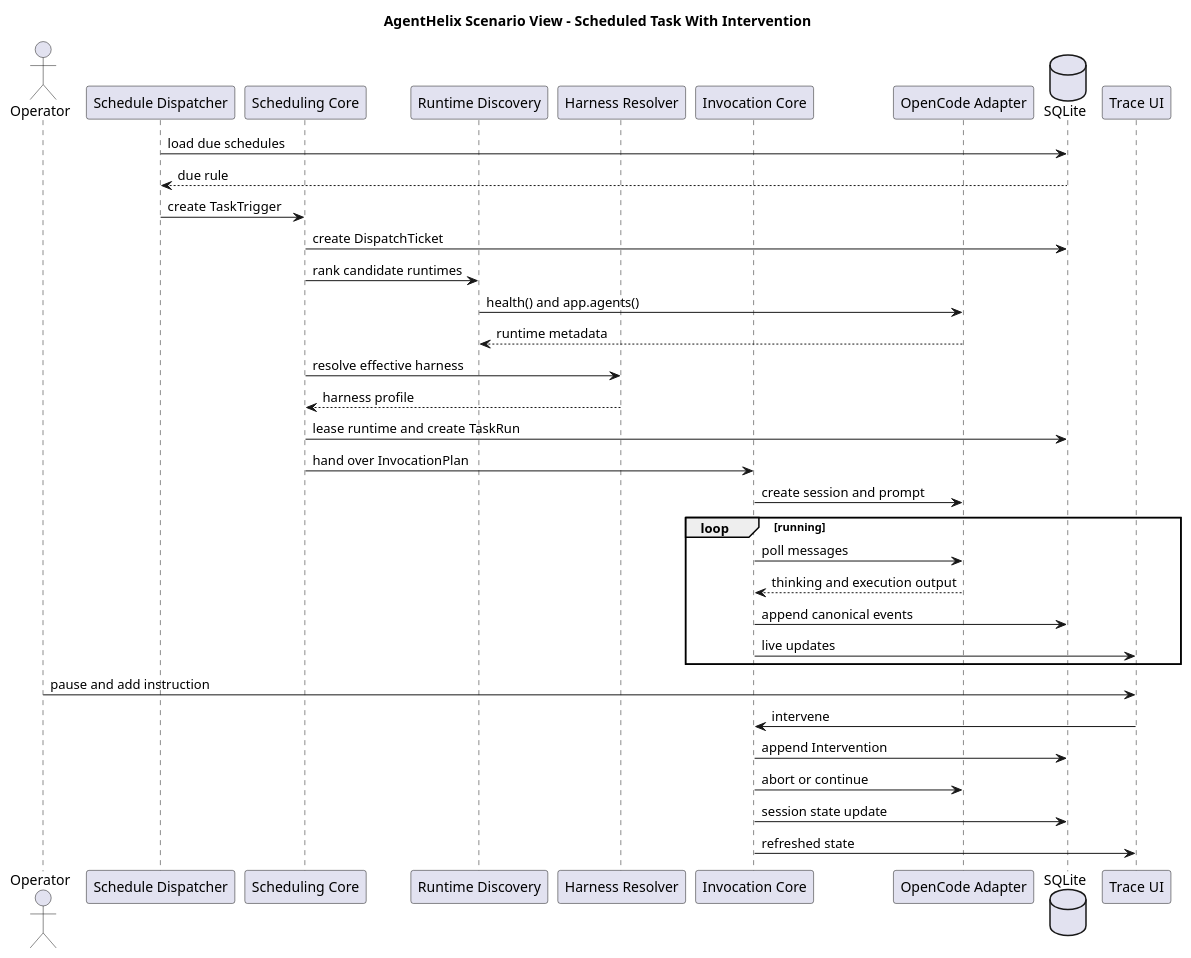
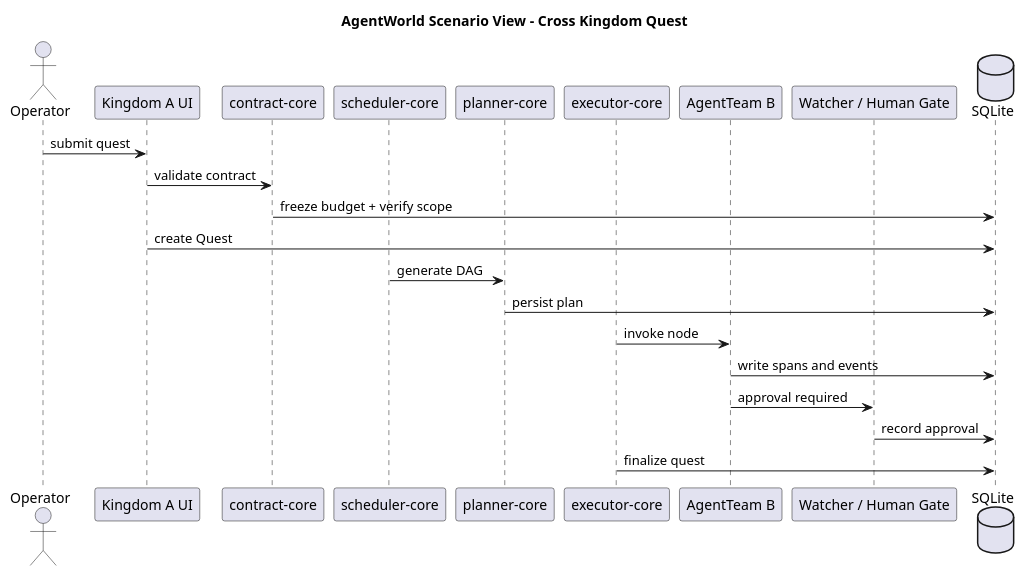
Before and after one commit to SimonMing47/agent-world: the fifth of 7 diagrams in docs/detailed-design.en.md, drawn with PlantUML. The commit also changed other lines of this file and 3 other files, not shown here.

````diff
--- a/docs/detailed-design.en.md
+++ b/docs/detailed-design.en.md
@@ -1305,41 +1047,28 @@
 ```plantuml
 @startuml
-title AgentHelix Scenario View - Scheduled Task With Intervention
+title AgentWorld Scenario View - Cross Kingdom Quest
 
 actor Operator
-participant "Schedule Dispatcher" as Dispatcher
-participant "Scheduling Core" as Scheduler
-participant "Runtime Discovery" as Discovery
-participant "Harness Resolver" as Harness
-participant "Invocation Core" as Invocation
-participant "OpenCode Adapter" as Adapter
+participant "Kingdom A UI" as A
+participant "contract-core" as ContractCore
+participant "scheduler-core" as Scheduler
+participant "planner-core" as Planner
+participant "executor-core" as Executor
+participant "AgentTeam B" as TeamB
+participant "Watcher / Human Gate" as Watcher
 database "SQLite" as DB
-participant "Trace UI" as TraceUI
 
-Dispatcher -> DB : load due schedules
-DB --> Dispatcher : due rule
-Dispatcher -> Scheduler : create TaskTrigger
-Scheduler -> DB : create DispatchTicket
-Scheduler -> Discovery : rank candidate runtimes
-Discovery -> Adapter : health() and app.agents()
-Adapter --> Discovery : runtime metadata
-Scheduler -> Harness : resolve effective harness
-Harness --> Scheduler : harness profile
-Scheduler -> DB : lease runtime and create TaskRun
-Scheduler -> Invocation : hand over InvocationPlan
-Invocation -> Adapter : create session and prompt
-loop running
-  Invocation -> Adapter : poll messages
-  Adapter --> Invocation : thinking and execution output
-  Invocation -> DB : append canonical events
-  Invocation -> TraceUI : live updates
-end
-Operator -> TraceUI : pause and add instruction
-TraceUI -> Invocation : intervene
-Invocation -> DB : append Intervention
-Invocation -> Adapter : abort or continue
-Invocation -> DB : session state update
-Invocation -> TraceUI : refreshed state
+Operator -> A : submit quest
+A -> ContractCore : validate contract
+ContractCore -> DB : freeze budget + verify scope
+A -> DB : create Quest
+Scheduler -> Planner : generate DAG
+Planner -> DB : persist plan
+Executor -> TeamB : invoke node
+TeamB -> DB : write spans and events
+TeamB -> Watcher : approval required
+Watcher -> DB : record approval
+Executor -> DB : finalize quest
 
 @enduml
 ```
````
